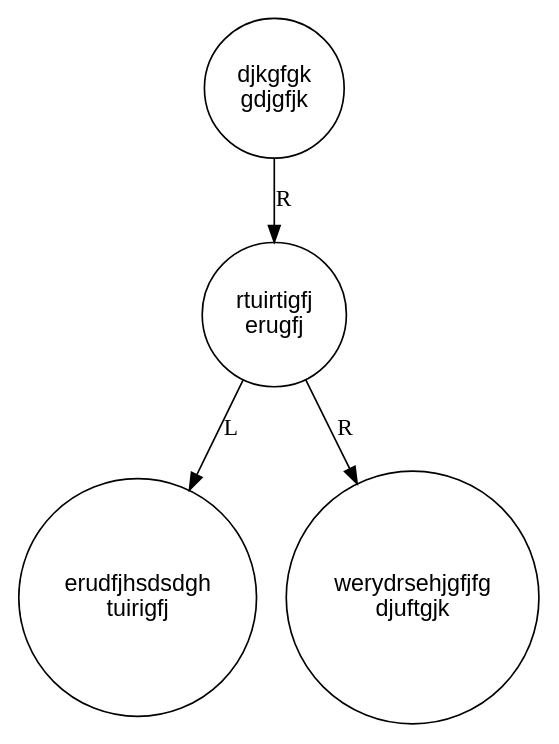
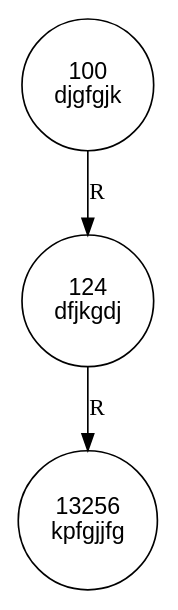
The diagram in 4a/tree.dot (Mixenix/aisd2025), drawn with Graphviz before and after one commit. The commit also changed 1 other file, not shown here.

```diff
--- a/4a/tree.dot
+++ b/4a/tree.dot
@@ -1,10 +1,8 @@
 digraph BST {
 	node [fontname="Arial", shape=circle, ordering="out"];
-	"0x5580519335b0" [label="djkgfgk\ngdjgfjk"];
-	"0x5580519335b0" -> "0x558051933620" [label="R"];
-	"0x558051933620" [label="rtuirtigfj\nerugfj"];
-	"0x558051933690" [label="erudfjhsdsdgh\ntuirigfj"];
-	"0x558051933620" -> "0x558051933690" [label="L"];
-	"0x558051933620" -> "0x558051933700" [label="R"];
-	"0x558051933700" [label="werydrsehjgfjfg\ndjuftgjk"];
+	"0x4bb6000" [label="100\ndjgfgjk"];
+	"0x4bb6000" -> "0x4bb6c40" [label="R"];
+	"0x4bb6c40" [label="124\ndfjkgdj"];
+	"0x4bb6c40" -> "0x4bb7880" [label="R"];
+	"0x4bb7880" [label="13256\nkpfgjjfg"];
 }
```
